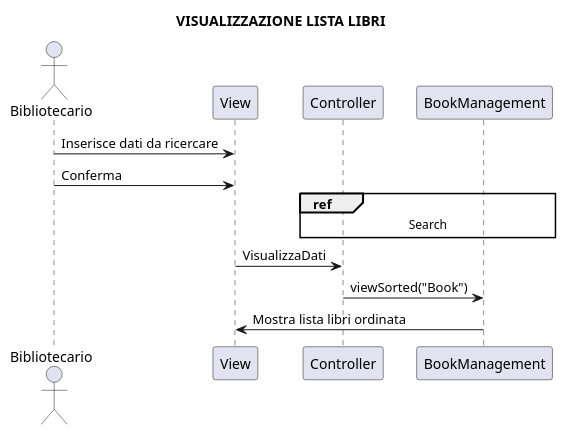
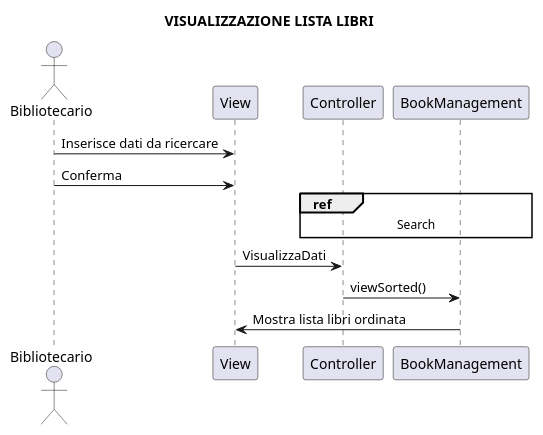
Before and after one commit to brunooliva7/Project-Ingegneria-del-Software14: the diagram in gruppo14BibliotecaUniversitaria/uml/VisualizzazioneLibro.puml, drawn with PlantUML. The commit also changed 10 other files, not shown here.

```diff
--- a/gruppo14BibliotecaUniversitaria/uml/VisualizzazioneLibro.puml
+++ b/gruppo14BibliotecaUniversitaria/uml/VisualizzazioneLibro.puml
@@ -1,18 +1,17 @@
 @startuml
 title VISUALIZZAZIONE LISTA LIBRI
 
 actor Bibliotecario
 participant View
 participant Controller 
 participant BookManagement
 
-
 Bibliotecario -> View : Inserisce dati da ricercare
 Bibliotecario -> View : Conferma
 ref over Controller, BookManagement 
 Search
 end
 View -> Controller : VisualizzaDati
-Controller -> BookManagement: viewSorted("Book")
+Controller -> BookManagement: viewSorted()
 BookManagement -> View : Mostra lista libri ordinata
 @enduml
```
